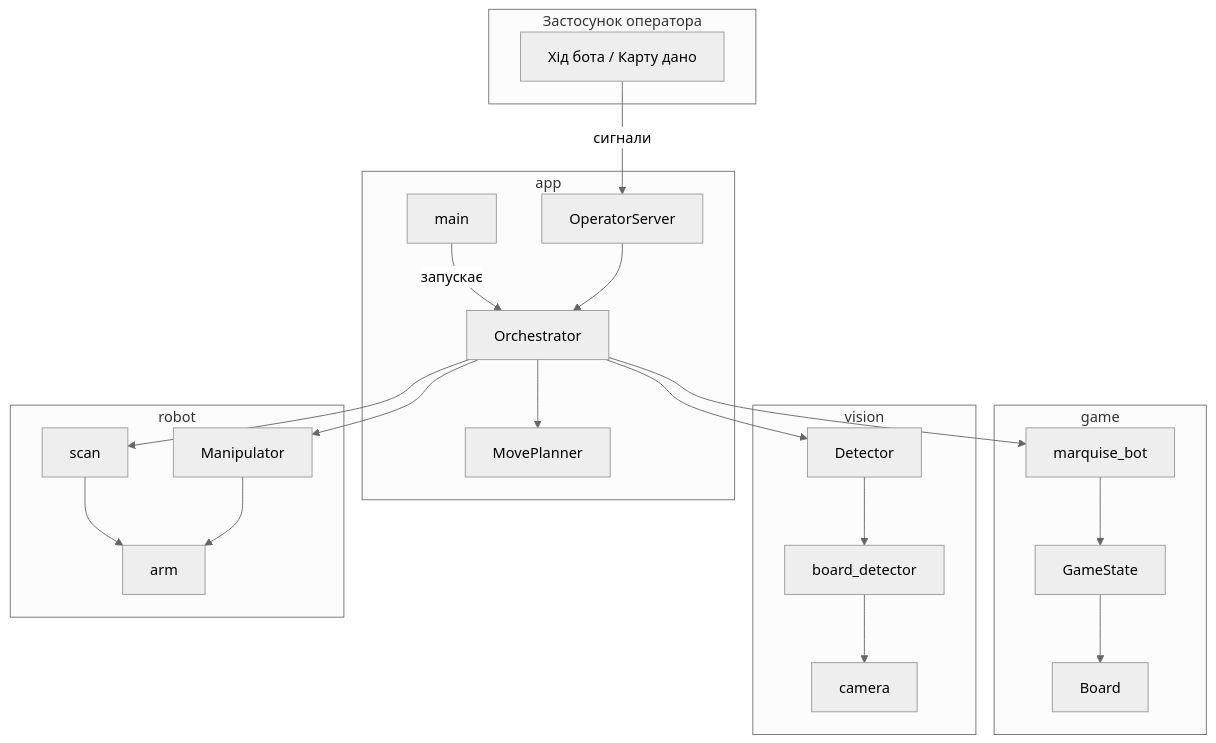
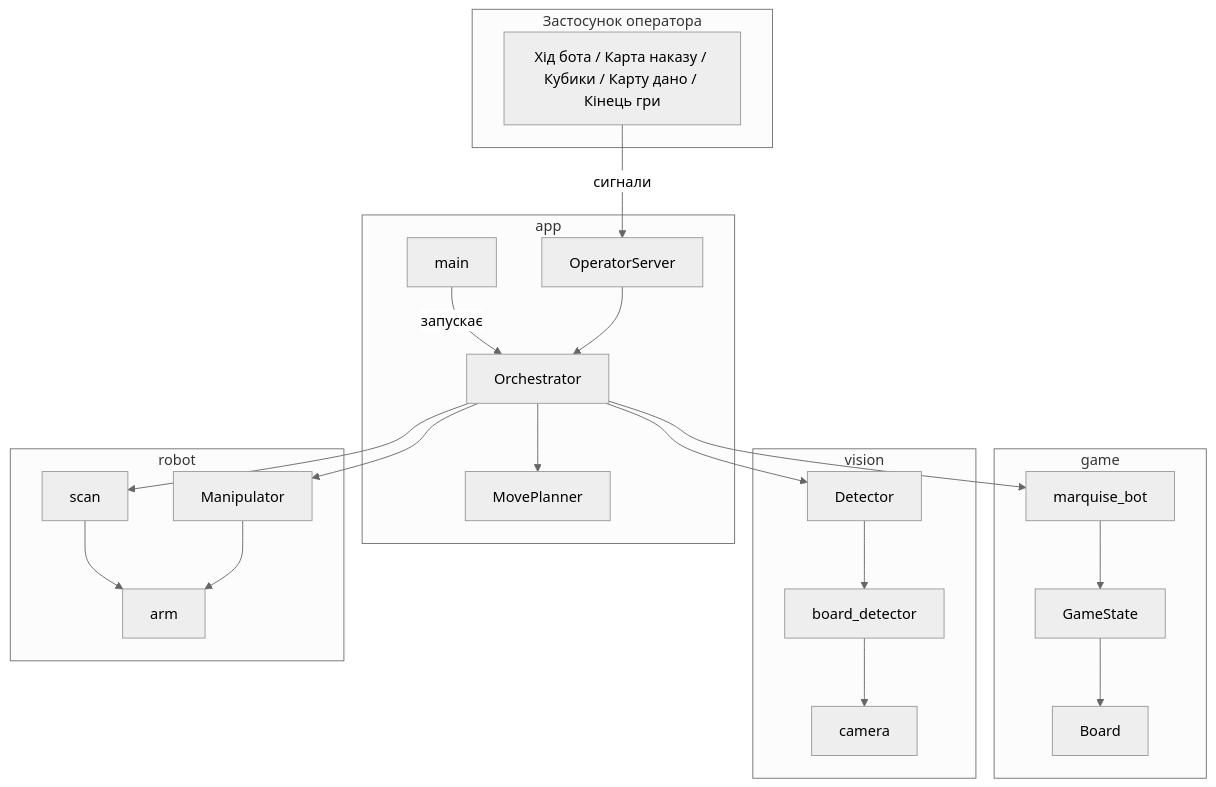
One commit to olenakshyk/RootBot67 changed the first of 2 diagrams in docs/architecture.md. Above: the diagram before and after it, drawn with Mermaid (neutral theme). The commit also changed other lines of this file and 10 other files, not shown here.

````diff
--- a/docs/architecture.md
+++ b/docs/architecture.md
@@ -13,39 +13,39 @@
 ```mermaid
 flowchart TB
     subgraph opapp [Застосунок оператора]
-        BTN[Хід бота / Карту дано]
+        BTN[Хід бота / Карта наказу / Кубики / Карту дано / Кінець гри]
     end
     subgraph app [app]
         MAIN[main]
         SRV[OperatorServer]
         LOOP[Orchestrator]
         MP[MovePlanner]
     end
     subgraph game [game]
         BOT[marquise_bot]
         STATE[GameState]
         BOARD[Board]
     end
     subgraph vision [vision]
         PD[Detector]
         BD[board_detector]
         CAMV[camera]
     end
     subgraph robot [robot]
         SC[scan]
         PP[Manipulator]
         ARM[arm]
     end
 
     MAIN -- запускає --> LOOP
     BTN -- сигнали --> SRV --> LOOP
     LOOP --> MP
     LOOP --> BOT
     LOOP --> SC
     LOOP --> PD
     LOOP --> PP
     PD --> BD --> CAMV
     SC --> ARM
     PP --> ARM
     BOT --> STATE --> BOARD
 ```
````
